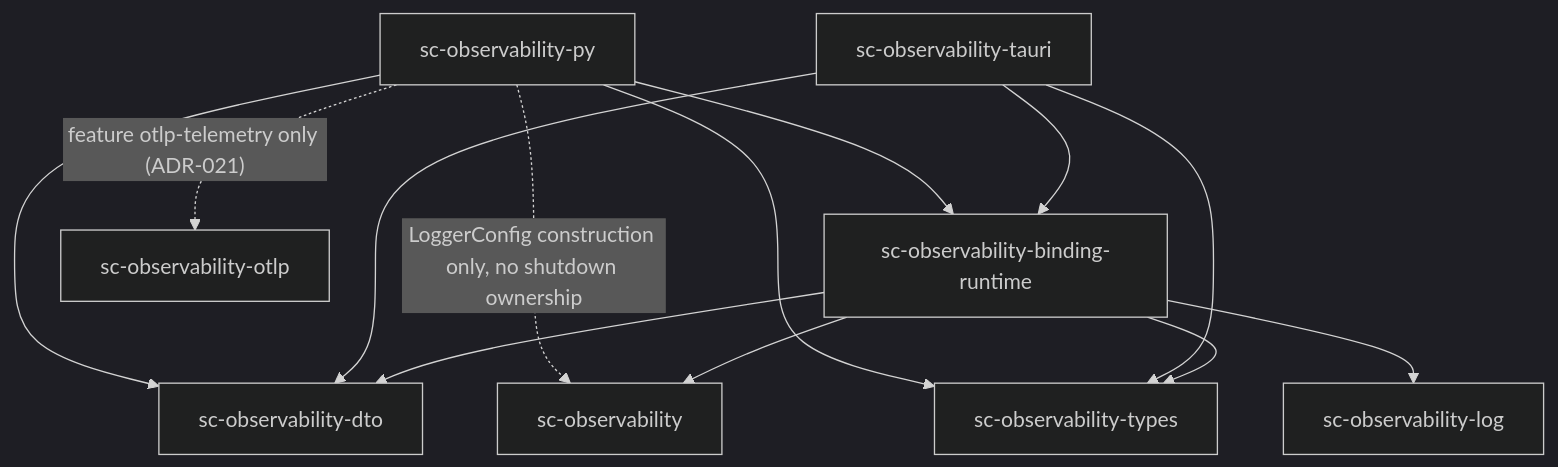
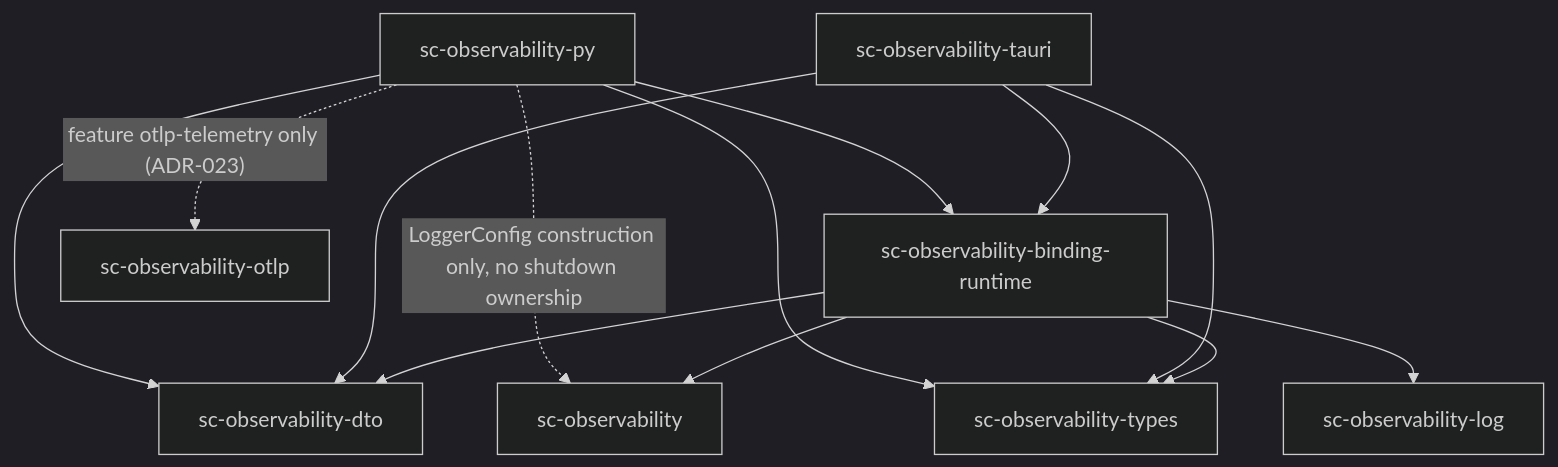
Before and after one commit to randlee/sc-observability: the diagram in docs/architecture.md, drawn with Mermaid (dark theme). The commit also changed other lines of this file and 238 other files, not shown here.

````diff
--- a/docs/architecture.md
+++ b/docs/architecture.md
@@ -752,15 +717,15 @@
 ```mermaid
 graph TD
   Runtime[sc-observability-binding-runtime] --> Core[sc-observability]
   Runtime --> Types[sc-observability-types]
   Runtime --> DTO[sc-observability-dto]
   Runtime --> Bridge[sc-observability-log]
   Tauri[sc-observability-tauri] --> Runtime
   Tauri --> DTO
   Tauri --> Types
   Python[sc-observability-py] --> Runtime
   Python --> DTO
   Python --> Types
   Python -. "LoggerConfig construction only, no shutdown ownership" .-> Core
-  Python -. "feature otlp-telemetry only (ADR-021)" .-> OTLP[sc-observability-otlp]
+  Python -. "feature otlp-telemetry only (ADR-023)" .-> OTLP[sc-observability-otlp]
 ```
````
